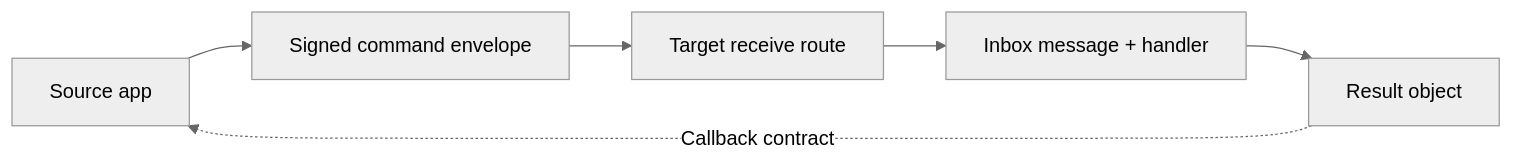
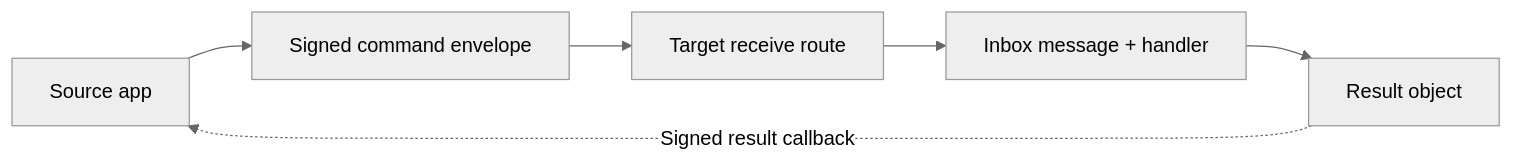
One commit to mrezdev/laravel-talkto changed the diagram in README.md. Above: the diagram before and after it, drawn with Mermaid (neutral theme). The commit also changed other lines of this file and 16 other files, not shown here.

Commit message:
add signed Talkto result callback runtime

````diff
--- a/README.md
+++ b/README.md
@@ -13,8 +13,8 @@
 ```mermaid
 flowchart LR
     A["Source app"] --> B["Signed command envelope"]
     B --> C["Target receive route"]
     C --> D["Inbox message + handler"]
     D --> E["Result object"]
-    E -. "Callback contract" .-> A
+    E -. "Signed result callback" .-> A
 ```
````
